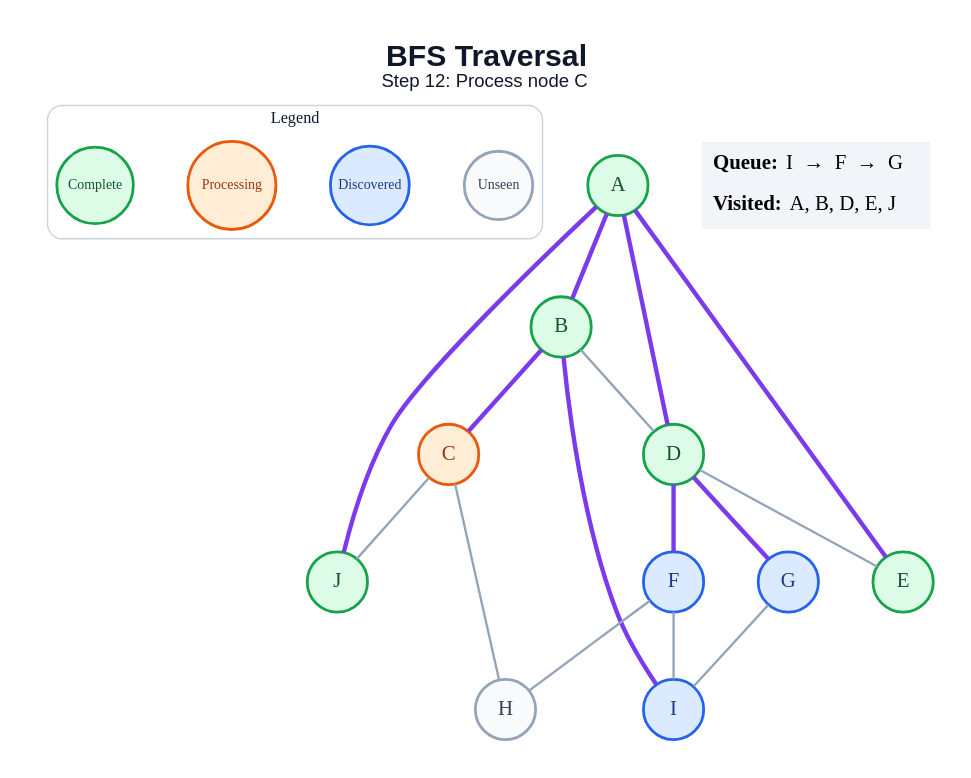
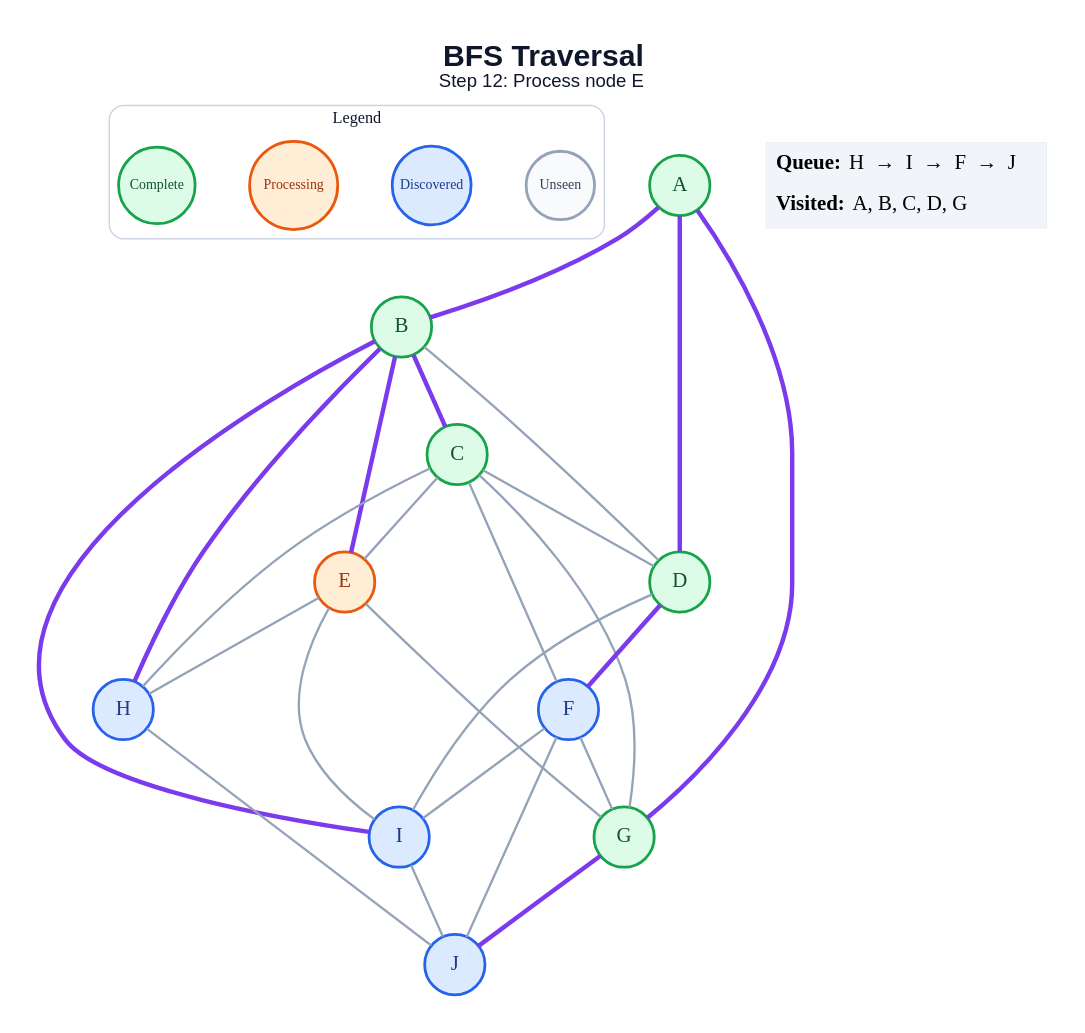
Before and after one commit to amanghodawala9/ai-slop: the diagram in generated/bfs/step_12.dot, drawn with Graphviz. The commit also changed 178 other files, not shown here.

```diff
--- a/generated/bfs/step_12.dot
+++ b/generated/bfs/step_12.dot
@@ -1,44 +1,53 @@
 graph traversal {
   graph [layout=dot, rankdir=TB, bgcolor="#FFFFFF", pad="0.35", nodesep="0.65", ranksep="0.8", fontname="Arial"];
   node [shape=circle, style="filled", fontname="Arial Bold", fontsize=18, width=0.72, fixedsize=true, penwidth=2.4];
   edge [color="#94A3B8", penwidth=2.0];
-  label=<<B>BFS Traversal</B><BR/><FONT POINT-SIZE="16">Step 12: Process node C</FONT>>; labelloc="t"; fontsize=26; fontname="Arial"; fontcolor="#0F172A";
+  label=<<B>BFS Traversal</B><BR/><FONT POINT-SIZE="16">Step 12: Process node E</FONT>>; labelloc="t"; fontsize=26; fontname="Arial"; fontcolor="#0F172A";
   subgraph cluster_legend { label="Legend"; color="#CBD5E1"; penwidth=1.2; style="rounded"; fontsize=14; fontname="Arial Bold";
     key_unseen [label="Unseen", fillcolor="#F8FAFC", color="#94A3B8", fontcolor="#334155", fontsize=12, width=0.82];
     key_frontier [label="Discovered", fillcolor="#DBEAFE", color="#2563EB", fontcolor="#1E3A8A", fontsize=12, width=0.95];
     key_current [label="Processing", fillcolor="#FFEDD5", color="#EA580C", fontcolor="#9A3412", fontsize=12, width=1.05];
     key_done [label="Complete", fillcolor="#DCFCE7", color="#16A34A", fontcolor="#14532D", fontsize=12, width=0.92];
     { rank=same; key_unseen; key_frontier; key_current; key_done; }
   }
   A [fillcolor="#DCFCE7", color="#16A34A", fontcolor="#14532D"];
   B [fillcolor="#DCFCE7", color="#16A34A", fontcolor="#14532D"];
-  C [fillcolor="#FFEDD5", color="#EA580C", fontcolor="#9A3412"];
+  C [fillcolor="#DCFCE7", color="#16A34A", fontcolor="#14532D"];
   D [fillcolor="#DCFCE7", color="#16A34A", fontcolor="#14532D"];
-  E [fillcolor="#DCFCE7", color="#16A34A", fontcolor="#14532D"];
+  E [fillcolor="#FFEDD5", color="#EA580C", fontcolor="#9A3412"];
   F [fillcolor="#DBEAFE", color="#2563EB", fontcolor="#1E3A8A"];
-  G [fillcolor="#DBEAFE", color="#2563EB", fontcolor="#1E3A8A"];
-  H [fillcolor="#F8FAFC", color="#94A3B8", fontcolor="#334155"];
+  G [fillcolor="#DCFCE7", color="#16A34A", fontcolor="#14532D"];
+  H [fillcolor="#DBEAFE", color="#2563EB", fontcolor="#1E3A8A"];
   I [fillcolor="#DBEAFE", color="#2563EB", fontcolor="#1E3A8A"];
-  J [fillcolor="#DCFCE7", color="#16A34A", fontcolor="#14532D"];
+  J [fillcolor="#DBEAFE", color="#2563EB", fontcolor="#1E3A8A"];
   A -- B [color="#7C3AED", penwidth=3.8];
   A -- D [color="#7C3AED", penwidth=3.8];
-  A -- E [color="#7C3AED", penwidth=3.8];
-  A -- J [color="#7C3AED", penwidth=3.8];
+  A -- G [color="#7C3AED", penwidth=3.8];
   B -- C [color="#7C3AED", penwidth=3.8];
   B -- D;
+  B -- E [color="#7C3AED", penwidth=3.8];
+  B -- H [color="#7C3AED", penwidth=3.8];
   B -- I [color="#7C3AED", penwidth=3.8];
+  C -- D;
+  C -- E;
+  C -- F;
+  C -- G;
   C -- H;
-  C -- J;
-  D -- E;
   D -- F [color="#7C3AED", penwidth=3.8];
-  D -- G [color="#7C3AED", penwidth=3.8];
-  F -- H;
+  D -- I;
+  E -- G;
+  E -- H;
+  E -- I;
+  F -- G;
   F -- I;
-  G -- I;
+  F -- J;
+  G -- J [color="#7C3AED", penwidth=3.8];
+  H -- J;
+  I -- J;
   status [shape=plain, fixedsize=false, width=0, height=0, margin=0, label=<
     <TABLE BORDER="0" CELLBORDER="0" CELLPADDING="7" BGCOLOR="#F1F5F9">
-      <TR><TD ALIGN="LEFT"><B>Queue:</B> I  →  F  →  G</TD></TR>
-      <TR><TD ALIGN="LEFT"><B>Visited:</B> A, B, D, E, J</TD></TR>
+      <TR><TD ALIGN="LEFT"><B>Queue:</B> H  →  I  →  F  →  J</TD></TR>
+      <TR><TD ALIGN="LEFT"><B>Visited:</B> A, B, C, D, G</TD></TR>
     </TABLE>
   >];
 }
```
